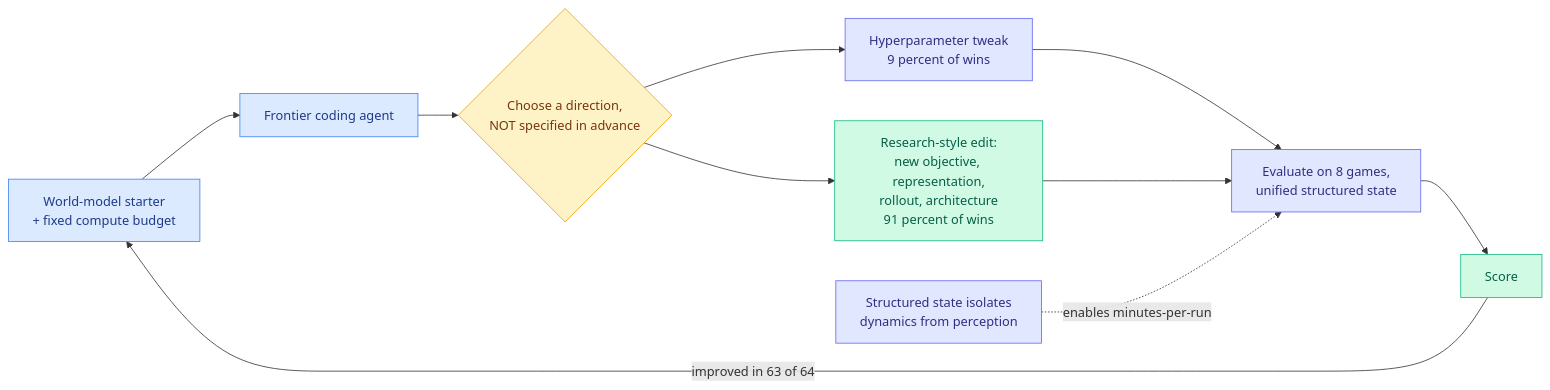
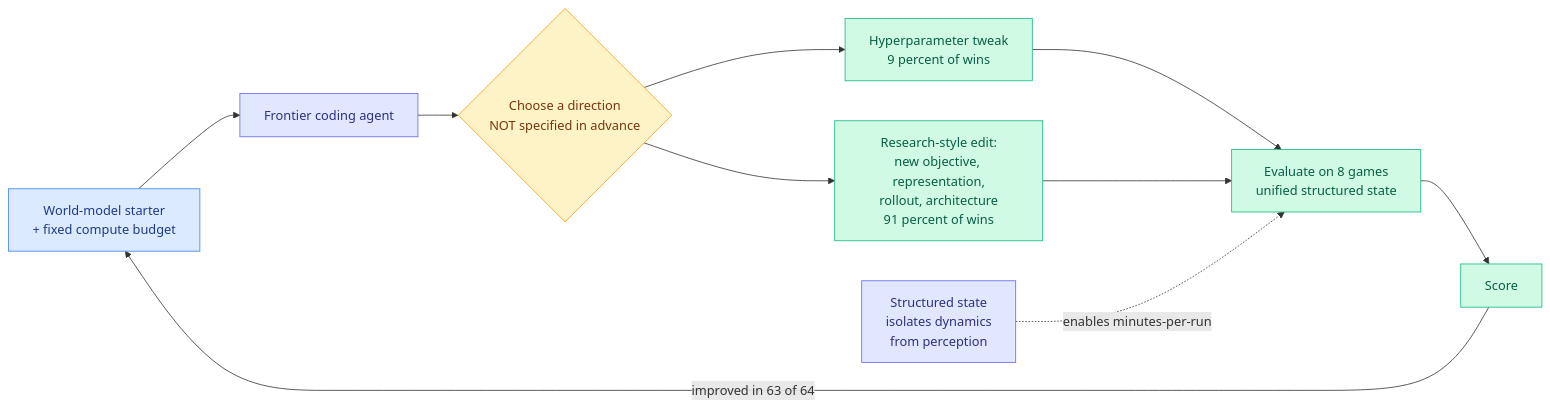
The fifth of 7 diagrams in wiki/daily-digest/2026-08/2026-08-13.md (bayesiansapien/cere-bro), drawn with Mermaid before and after one commit. The commit also changed other lines of this file, not shown here.

````diff
--- a/wiki/daily-digest/2026-08/2026-08-13.md
+++ b/wiki/daily-digest/2026-08/2026-08-13.md
@@ -316,20 +259,20 @@
 ```mermaid
 flowchart LR
   ST[World-model starter<br/>+ fixed compute budget] --> AG[Frontier coding agent]
-  AG --> D{Choose a direction,<br/>NOT specified in advance}
+  AG --> D{Choose a direction<br/>NOT specified in advance}
   D --> H[Hyperparameter tweak<br/>9 percent of wins]
   D --> R[Research-style edit:<br/>new objective, representation,<br/>rollout, architecture<br/>91 percent of wins]
-  H --> EV[Evaluate on 8 games,<br/>unified structured state]
+  H --> EV[Evaluate on 8 games<br/>unified structured state]
   R --> EV
   EV --> SC[Score]
   SC -->|improved in 63 of 64| ST
-  P[Structured state isolates<br/>dynamics from perception] -.enables minutes-per-run.-> EV
+  P[Structured state<br/>isolates dynamics<br/>from perception] -.enables minutes-per-run.-> EV
   classDef input fill:#dbeafe,stroke:#3b82f6,color:#1e3a8a
   classDef decision fill:#fef3c7,stroke:#f59e0b,color:#78350f
   classDef output fill:#d1fae5,stroke:#10b981,color:#065f46
   classDef aux fill:#e0e7ff,stroke:#6366f1,color:#312e81
-  class ST,AG input
+  class ST input
   class D decision
-  class R,SC output
-  class H,EV,P aux
+  class R,H,EV,SC output
+  class P,AG aux
 ```
````
